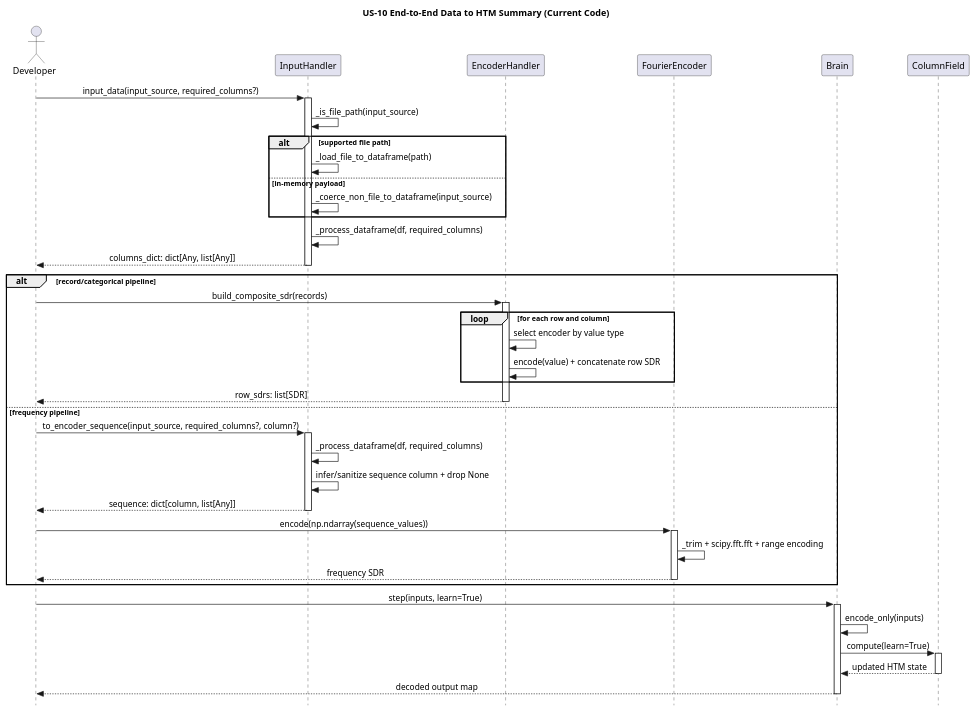
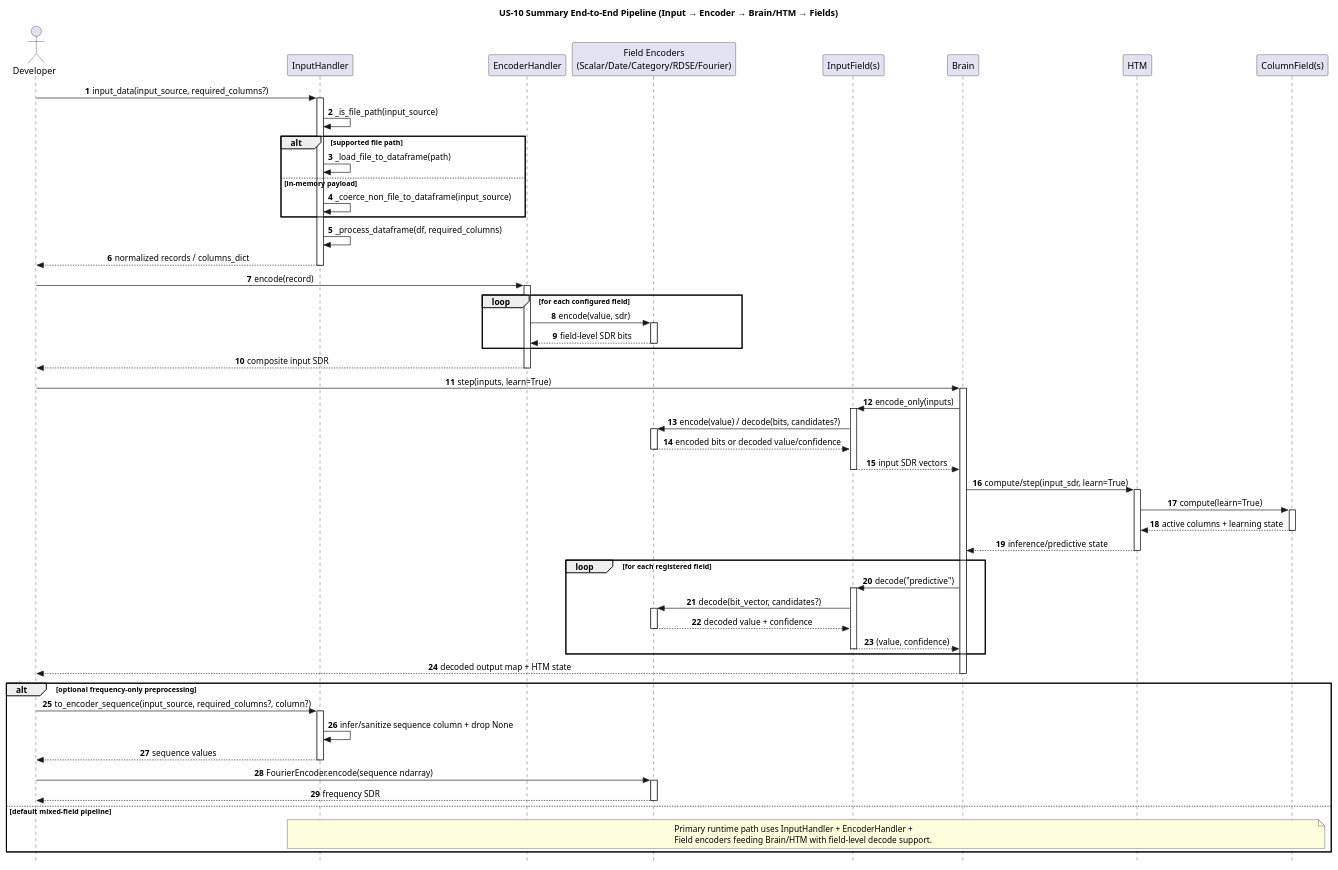
One commit to egrembocki/htmrl changed the diagram in docs/puml/US/us-10.puml. Above: the diagram before and after it, drawn with PlantUML.

Commit message:
Update US-10 end-to-end sequence with Input/Encoder/Brain/HTM/Fields flow

```diff
--- a/docs/puml/US/us-10.puml
+++ b/docs/puml/US/us-10.puml
@@ -1,59 +1,92 @@
 @startuml
 skinparam style strictuml
 skinparam sequenceMessageAlign center
 skinparam responseMessageBelowArrow true
-title US-10 End-to-End Data to HTM Summary (Current Code)
+autonumber
+
+title US-10 Summary End-to-End Pipeline (Input → Encoder → Brain/HTM → Fields)
 
 actor Developer
 participant "InputHandler" as IH
 participant "EncoderHandler" as EH
-participant "FourierEncoder" as FFT
+participant "Field Encoders\n(Scalar/Date/Category/RDSE/Fourier)" as FE
+participant "InputField(s)" as IF
 participant "Brain" as BR
-participant "ColumnField" as CF
+participant "HTM" as HTM
+participant "ColumnField(s)" as CF
 
 Developer -> IH: input_data(input_source, required_columns?)
 activate IH
 IH -> IH: _is_file_path(input_source)
 alt supported file path
   IH -> IH: _load_file_to_dataframe(path)
 else in-memory payload
   IH -> IH: _coerce_non_file_to_dataframe(input_source)
 end
 IH -> IH: _process_dataframe(df, required_columns)
-IH --> Developer: columns_dict: dict[Any, list[Any]]
+IH --> Developer: normalized records / columns_dict
 deactivate IH
 
-alt record/categorical pipeline
-  Developer -> EH: build_composite_sdr(records)
-  activate EH
-  loop for each row and column
-    EH -> EH: select encoder by value type
-    EH -> EH: encode(value) + concatenate row SDR
-  end
-  EH --> Developer: row_sdrs: list[SDR]
-  deactivate EH
-else frequency pipeline
-  Developer -> IH: to_encoder_sequence(input_source, required_columns?, column?)
-  activate IH
-  IH -> IH: _process_dataframe(df, required_columns)
-  IH -> IH: infer/sanitize sequence column + drop None
-  IH --> Developer: sequence: dict[column, list[Any]]
-  deactivate IH
-
-  Developer -> FFT: encode(np.ndarray(sequence_values))
-  activate FFT
-  FFT -> FFT: _trim + scipy.fft.fft + range encoding
-  FFT --> Developer: frequency SDR
-  deactivate FFT
+Developer -> EH: encode(record)
+activate EH
+loop for each configured field
+  EH -> FE: encode(value, sdr)
+  activate FE
+  FE --> EH: field-level SDR bits
+  deactivate FE
 end
+EH --> Developer: composite input SDR
+deactivate EH
 
 Developer -> BR: step(inputs, learn=True)
 activate BR
-BR -> BR: encode_only(inputs)
-BR -> CF: compute(learn=True)
+BR -> IF: encode_only(inputs)
+activate IF
+IF -> FE: encode(value) / decode(bits, candidates?)
+activate FE
+FE --> IF: encoded bits or decoded value/confidence
+deactivate FE
+IF --> BR: input SDR vectors
+deactivate IF
+
+BR -> HTM: compute/step(input_sdr, learn=True)
+activate HTM
+HTM -> CF: compute(learn=True)
 activate CF
-CF --> BR: updated HTM state
+CF --> HTM: active columns + learning state
 deactivate CF
-BR --> Developer: decoded output map
+HTM --> BR: inference/predictive state
+deactivate HTM
+
+loop for each registered field
+  BR -> IF: decode("predictive")
+  activate IF
+  IF -> FE: decode(bit_vector, candidates?)
+  activate FE
+  FE --> IF: decoded value + confidence
+  deactivate FE
+  IF --> BR: (value, confidence)
+  deactivate IF
+end
+
+BR --> Developer: decoded output map + HTM state
 deactivate BR
+
+alt optional frequency-only preprocessing
+  Developer -> IH: to_encoder_sequence(input_source, required_columns?, column?)
+  activate IH
+  IH -> IH: infer/sanitize sequence column + drop None
+  IH --> Developer: sequence values
+  deactivate IH
+
+  Developer -> FE: FourierEncoder.encode(sequence ndarray)
+  activate FE
+  FE --> Developer: frequency SDR
+  deactivate FE
+else default mixed-field pipeline
+  note over IH,CF
+    Primary runtime path uses InputHandler + EncoderHandler +
+    Field encoders feeding Brain/HTM with field-level decode support.
+  end note
+end
 @enduml
```
